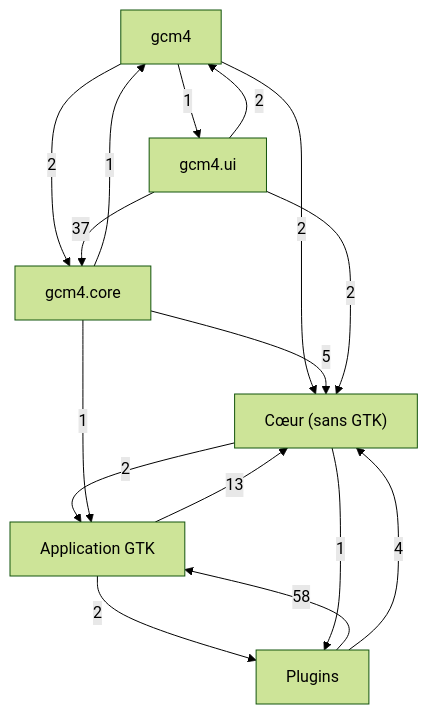
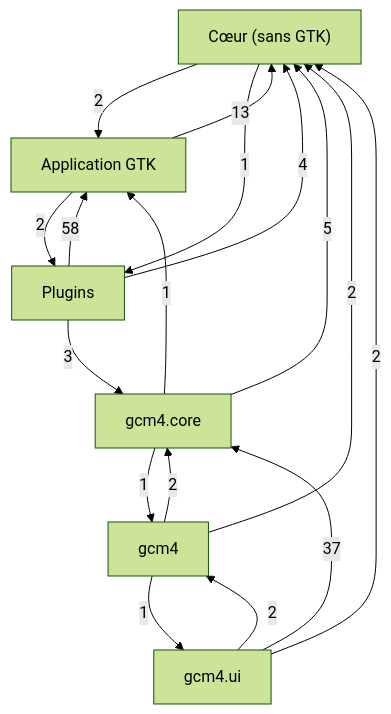
Before and after one commit to Mathide-Team/Gcm4: the first of 7 diagrams in docs/class-diagram.md, drawn with Mermaid (forest theme). The commit also changed other lines of this file and 67 other files, not shown here.

````diff
--- a/docs/class-diagram.md
+++ b/docs/class-diagram.md
@@ -21,24 +21,25 @@
 ```mermaid
 flowchart TD
     g0["Cœur (sans GTK)"]
     g1["Application GTK"]
     g2["Plugins"]
     g3["gcm4"]
     g4["gcm4.core"]
     g5["gcm4.ui"]
     g1 -->|13| g0
     g1 -->|2| g2
     g0 -->|2| g1
     g0 -->|1| g2
     g2 -->|58| g1
     g2 -->|4| g0
+    g2 -->|3| g4
     g3 -->|2| g0
     g3 -->|2| g4
     g3 -->|1| g5
     g4 -->|1| g1
     g4 -->|5| g0
     g4 -->|1| g3
     g5 -->|2| g0
     g5 -->|2| g3
     g5 -->|37| g4
 ```
````
